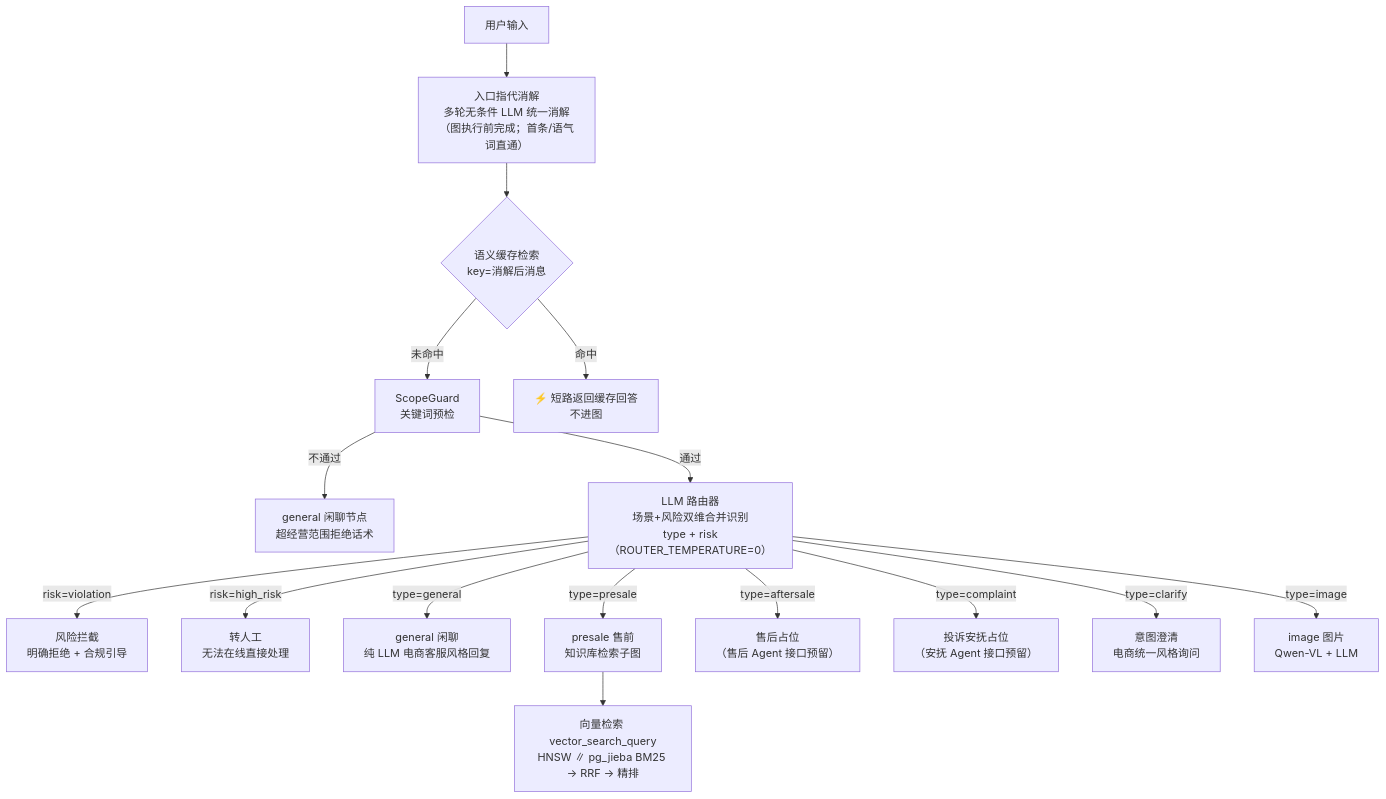
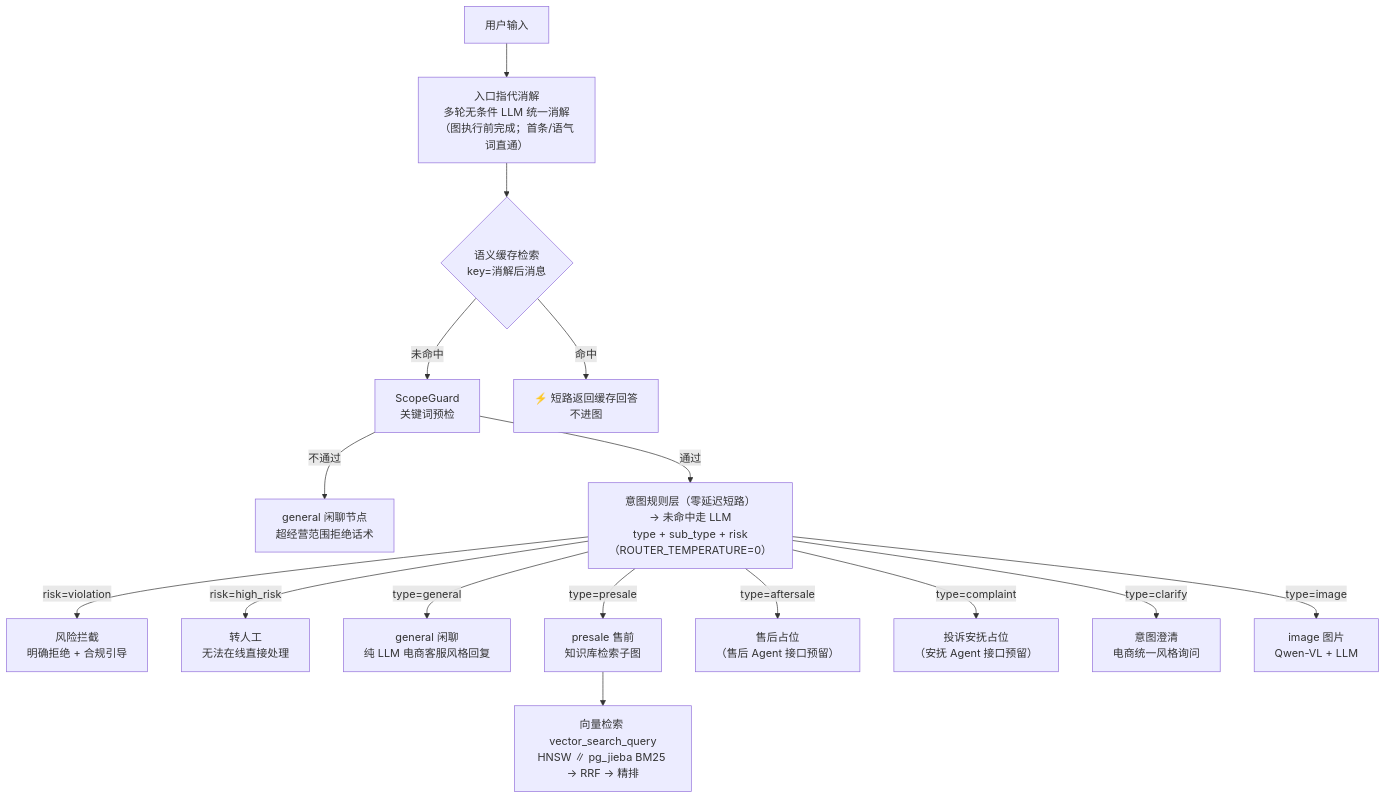
Diagram 28 of 36 in docs/PROJECT_ANALYSIS.md (blowt16/SmartCS-Agent), drawn with Mermaid before and after one commit. The commit also changed other lines of this file and 9 other files, not shown here.

First line of the commit message:
[feat] 意图识别迭代：规则判定层前置 + 售后二级场景恢复

````diff
--- a/docs/PROJECT_ANALYSIS.md
+++ b/docs/PROJECT_ANALYSIS.md
@@ -857,24 +864,24 @@
 ```mermaid
 flowchart TD
     Q["用户输入"]
     RESOLVE["入口指代消解<br/>多轮无条件 LLM 统一消解<br/>（图执行前完成；首条/语气词直通）"]
     CACHE{"语义缓存检索<br/>key=消解后消息"}
     SG["ScopeGuard<br/>关键词预检"]
     Q --> RESOLVE
     RESOLVE --> CACHE
     CACHE -->|"命中"| SHORT["⚡ 短路返回缓存回答<br/>不进图"]
     CACHE -->|"未命中"| SG
     SG -->|"不通过"| GEN["general 闲聊节点<br/>超经营范围拒绝话术"]
-    SG -->|"通过"| ROUTER["LLM 路由器<br/>场景+风险双维合并识别<br/>type + risk<br/>（ROUTER_TEMPERATURE=0）"]
+    SG -->|"通过"| ROUTER["意图规则层（零延迟短路）<br/>→ 未命中走 LLM<br/>type + sub_type + risk<br/>（ROUTER_TEMPERATURE=0）"]
 
     ROUTER -->|"risk=violation"| RISK["风险拦截<br/>明确拒绝 + 合规引导"]
     ROUTER -->|"risk=high_risk"| TRANS["转人工<br/>无法在线直接处理"]
     ROUTER -->|"type=general"| GEN2["general 闲聊<br/>纯 LLM 电商客服风格回复"]
     ROUTER -->|"type=presale"| KG["presale 售前<br/>知识库检索子图"]
     ROUTER -->|"type=aftersale"| PLACE["售后占位<br/>（售后 Agent 接口预留）"]
     ROUTER -->|"type=complaint"| PLACE2["投诉安抚占位<br/>（安抚 Agent 接口预留）"]
     ROUTER -->|"type=clarify"| CLARIFY["意图澄清<br/>电商统一风格询问"]
     ROUTER -->|"type=image"| IMG["image 图片<br/>Qwen-VL + LLM"]
 
     KG --> GRAG["向量检索 vector_search_query<br/>HNSW ∥ pg_jieba BM25 → RRF → 精排"]
 ```
````
